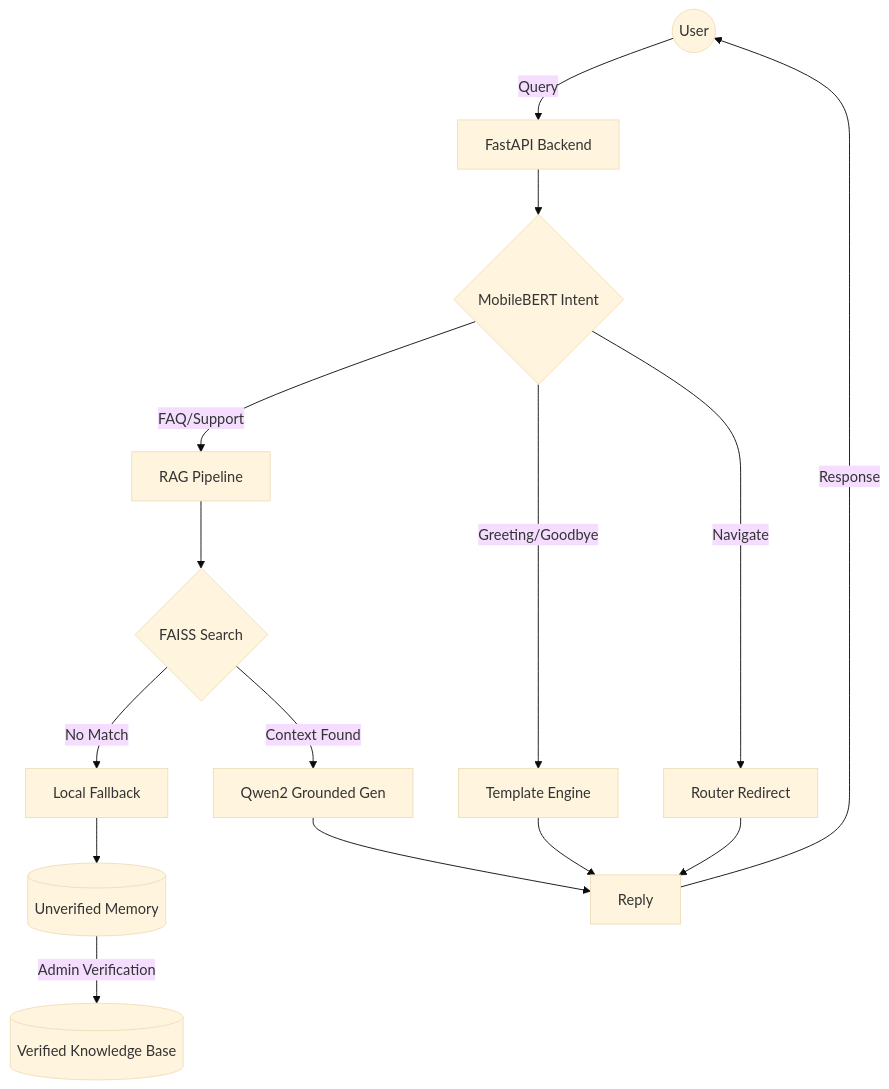
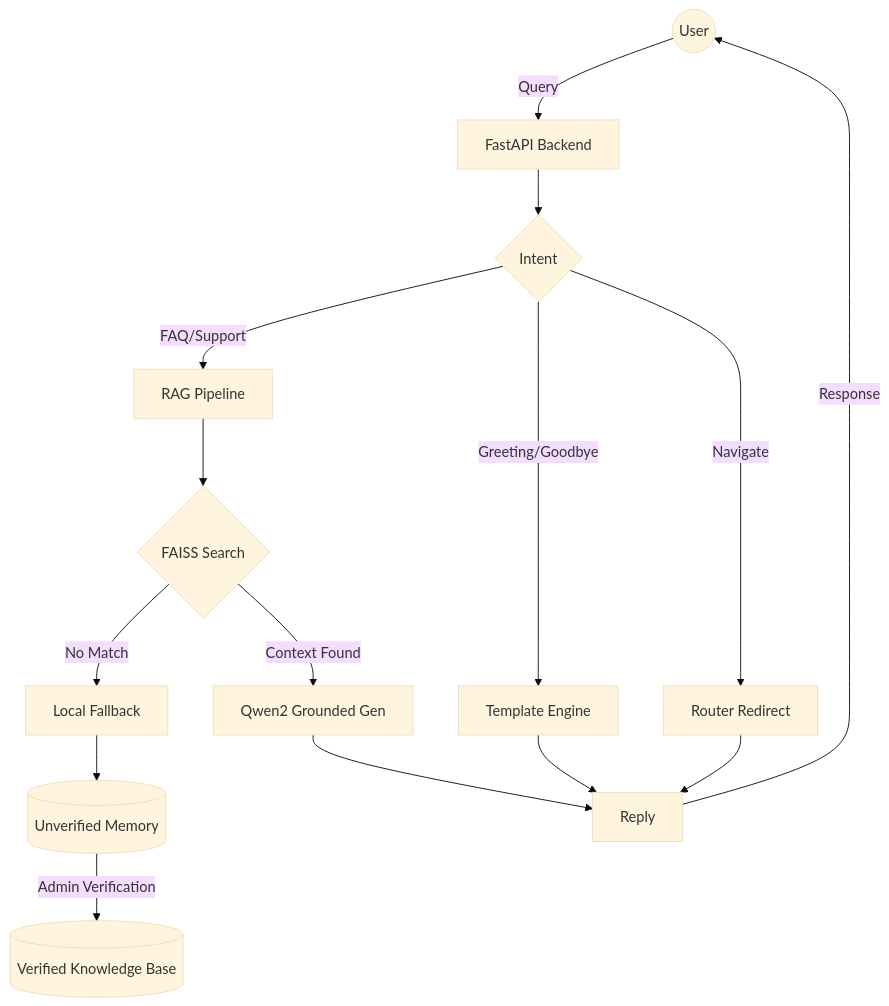
Before and after one commit to Ruzin413/RAG-CustomerCareBot: the diagram in README.md, drawn with Mermaid (base theme). The commit also changed other lines of this file and 4 other files, not shown here.

````diff
--- a/README.md
+++ b/README.md
@@ -28,20 +28,20 @@
 ```mermaid
 graph TD
     User((User)) -->|Query| API[FastAPI Backend]
-    API --> Intent{MobileBERT Intent}
+    API --> Intent{Intent}
     Intent -->|Greeting/Goodbye| Template[Template Engine]
     Intent -->|Navigate| Redirect[Router Redirect]
     Intent -->|FAQ/Support| RAG[RAG Pipeline]
     
     RAG --> Search{FAISS Search}
     Search -->|Context Found| Gen[Qwen2 Grounded Gen]
     Search -->|No Match| Fallback[Local Fallback]
     
     Fallback --> Memory[(Unverified Memory)]
     Memory -->|Admin Verification| KB[(Verified Knowledge Base)]
     
     Gen --> Reply
     Template --> Reply
     Redirect --> Reply
     Reply -->|Response| User
 ```
````
